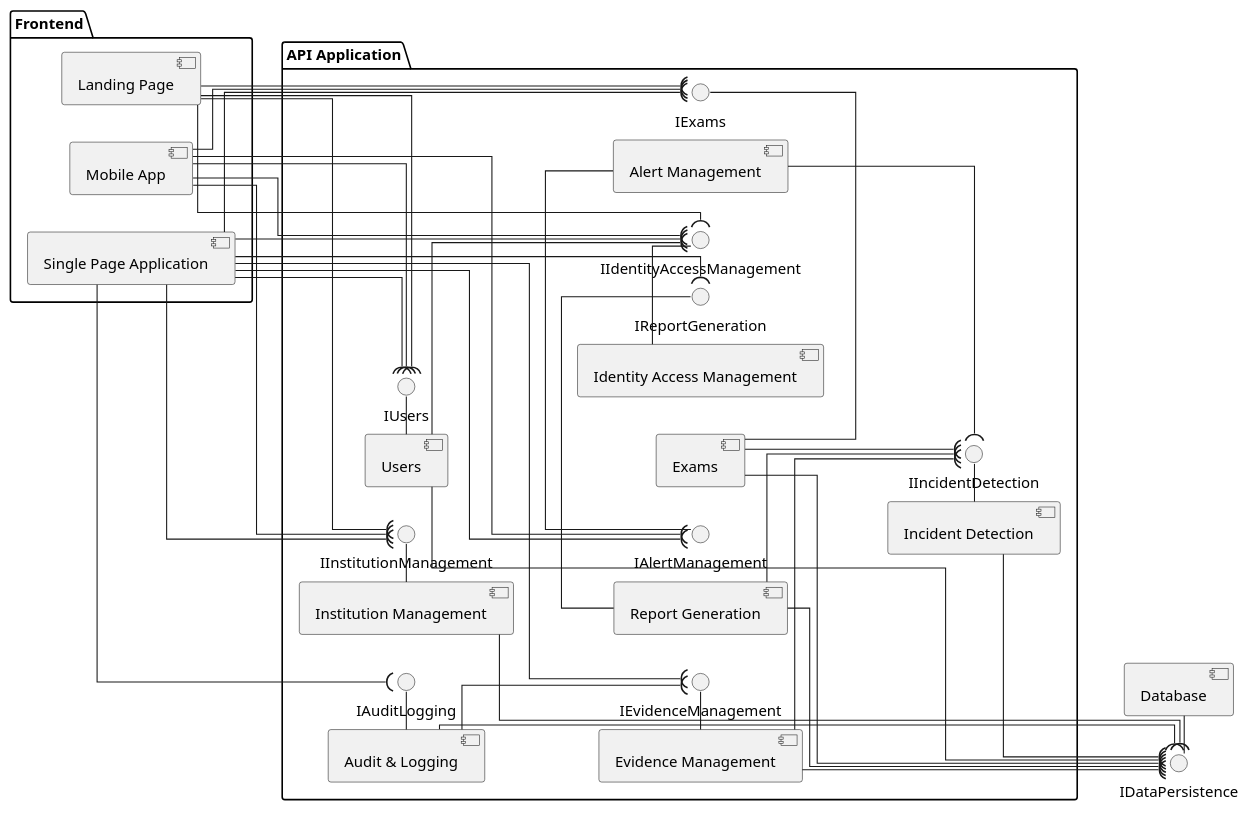
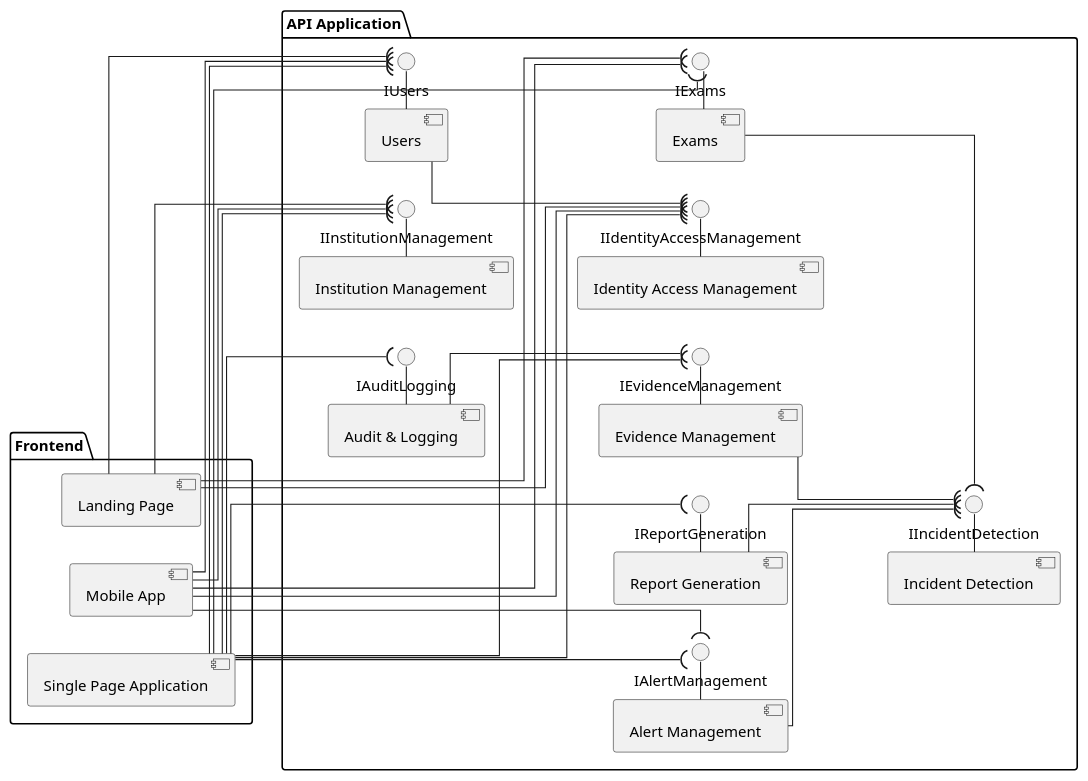
One commit to EduVisions/UML-codes changed the diagram in Diagrama de componentes/Diagrama de Componentes.puml. Above: the diagram before and after it, drawn with PlantUML. The commit also changed 11 other files, not shown here.

Commit message:
correcciones diagramas

```diff
--- a/Diagrama de componentes/Diagrama de Componentes.puml
+++ b/Diagrama de componentes/Diagrama de Componentes.puml
@@ -1,87 +1,76 @@
 @startuml ""
 skinparam componentStyle uml2
 skinparam linetype ortho
 left to right direction
 
 package "Frontend" {
   component "Landing Page" as LandingPage
   component "Single Page Application" as SPA
   component "Mobile App" as MobileApp
 }
 
 package "API Application" as APIApp {
   component "Users" as Users
   component "Exams" as Exams
   component "Identity Access Management" as IAM
   component "Incident Detection" as IncidentDetection
   component "Alert Management" as AlertManagement
   component "Report Generation" as ReportGeneration
   component "Institution Management" as InstitutionManagement
   component "Evidence Management" as EvidenceManagement
   component "Audit & Logging" as AuditLogging
 
   interface "IUsers" as IUsers
   interface "IExams" as IExams
   interface "IIdentityAccessManagement" as IIAM
   interface "IIncidentDetection" as IIncidentDetection
   interface "IAlertManagement" as IAlertManagement
   interface "IReportGeneration" as IReportGeneration
   interface "IInstitutionManagement" as IInstitutionManagement
   interface "IEvidenceManagement" as IEvidenceManagement
   interface "IAuditLogging" as IAuditLogging
 }
 
-component "Database" as Database
-interface "IDataPersistence" as IDataPersistence
-
 ' Interfaces ofrecidas (lollipop)
 Users - IUsers
 Exams - IExams
 IAM - IIAM
 IncidentDetection - IIncidentDetection
 AlertManagement - IAlertManagement
 ReportGeneration - IReportGeneration
 InstitutionManagement - IInstitutionManagement
 EvidenceManagement - IEvidenceManagement
 AuditLogging - IAuditLogging
-Database - IDataPersistence
 
 ' Interfaces requeridas (socket) - Landing Page
 LandingPage --( IUsers
 LandingPage --( IExams
 LandingPage --( IIAM
 LandingPage --( IInstitutionManagement
 
 ' Interfaces requeridas (socket) - Single Page Application
 SPA --( IUsers
 SPA --( IExams
 SPA --( IIAM
 SPA --( IAlertManagement
 SPA --( IReportGeneration
 SPA --( IInstitutionManagement
 SPA --( IEvidenceManagement
 SPA --( IAuditLogging
 
 ' Interfaces requeridas (socket) - Mobile App
 MobileApp --( IUsers
 MobileApp --( IExams
 MobileApp --( IIAM
 MobileApp --( IAlertManagement
 MobileApp --( IInstitutionManagement
 
 ' Interfaces requeridas (socket) - internas del API Application
 Users --( IIAM
-Users --( IDataPersistence
-Exams --( IDataPersistence
-InstitutionManagement --( IDataPersistence
-IncidentDetection --( IDataPersistence
-EvidenceManagement --( IDataPersistence
-ReportGeneration --( IDataPersistence
-AuditLogging --( IDataPersistence
 AlertManagement --( IIncidentDetection
 ReportGeneration --( IIncidentDetection
 EvidenceManagement --( IIncidentDetection
 Exams --( IIncidentDetection
 AuditLogging --( IEvidenceManagement
 
 @enduml
```
